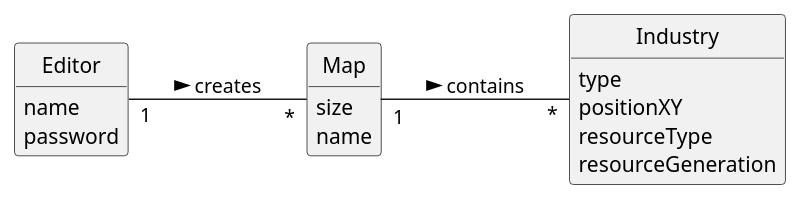
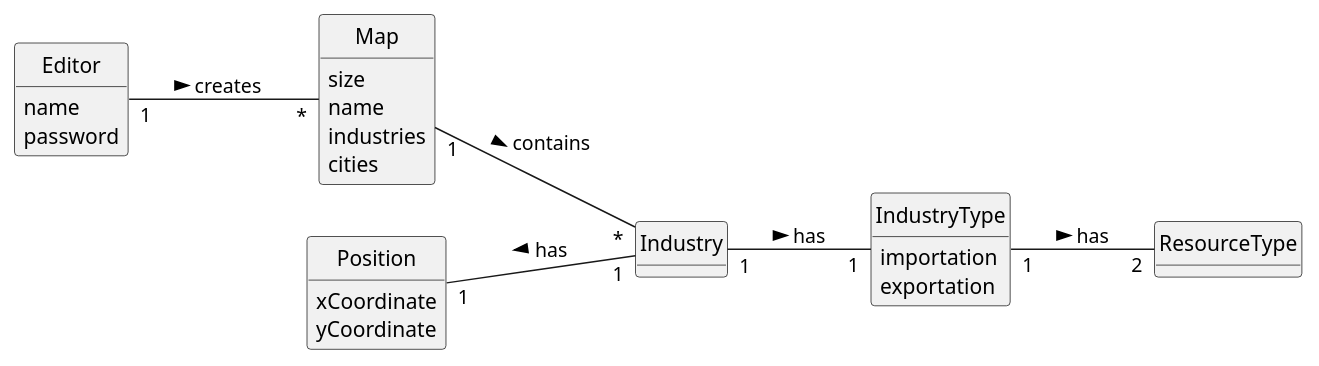
The diagram in docsFinais/US002/02.analysis/puml/US002-DM.puml (1240935/pi2-railway-simulator), drawn with PlantUML before and after one commit. The commit also changed 20 other files, not shown here.

```diff
--- a/docsFinais/US002/02.analysis/puml/US002-DM.puml
+++ b/docsFinais/US002/02.analysis/puml/US002-DM.puml
@@ -1,32 +1,48 @@
 @startuml
 skinparam monochrome true
 skinparam packageStyle rectangle
 skinparam shadowing false
 'skinparam linetype ortho
 'left to right direction
 skinparam classAttributeIconSize 0
 hide circle
 hide methods
 
 left to right direction
 
 class Editor {
     name
     password
 }
 
 class Map {
     size
     name
+    industries
+    cities
 }
 
 class Industry {
-    type
-    positionXY
-    resourceType
-    resourceGeneration
+}
+
+class IndustryType{
+    importation
+    exportation
+}
+
+class Position{
+    xCoordinate
+    yCoordinate
+}
+
+class ResourceType{
+
 }
 
 Editor "1" -- "*" Map: creates >
 Map "1" -- "*" Industry: contains >
+Position "1" -- "1" Industry: has <
+Industry "1" -- "1" IndustryType: has >
+IndustryType "1" -- "2" ResourceType : has >
+
 @enduml
```
